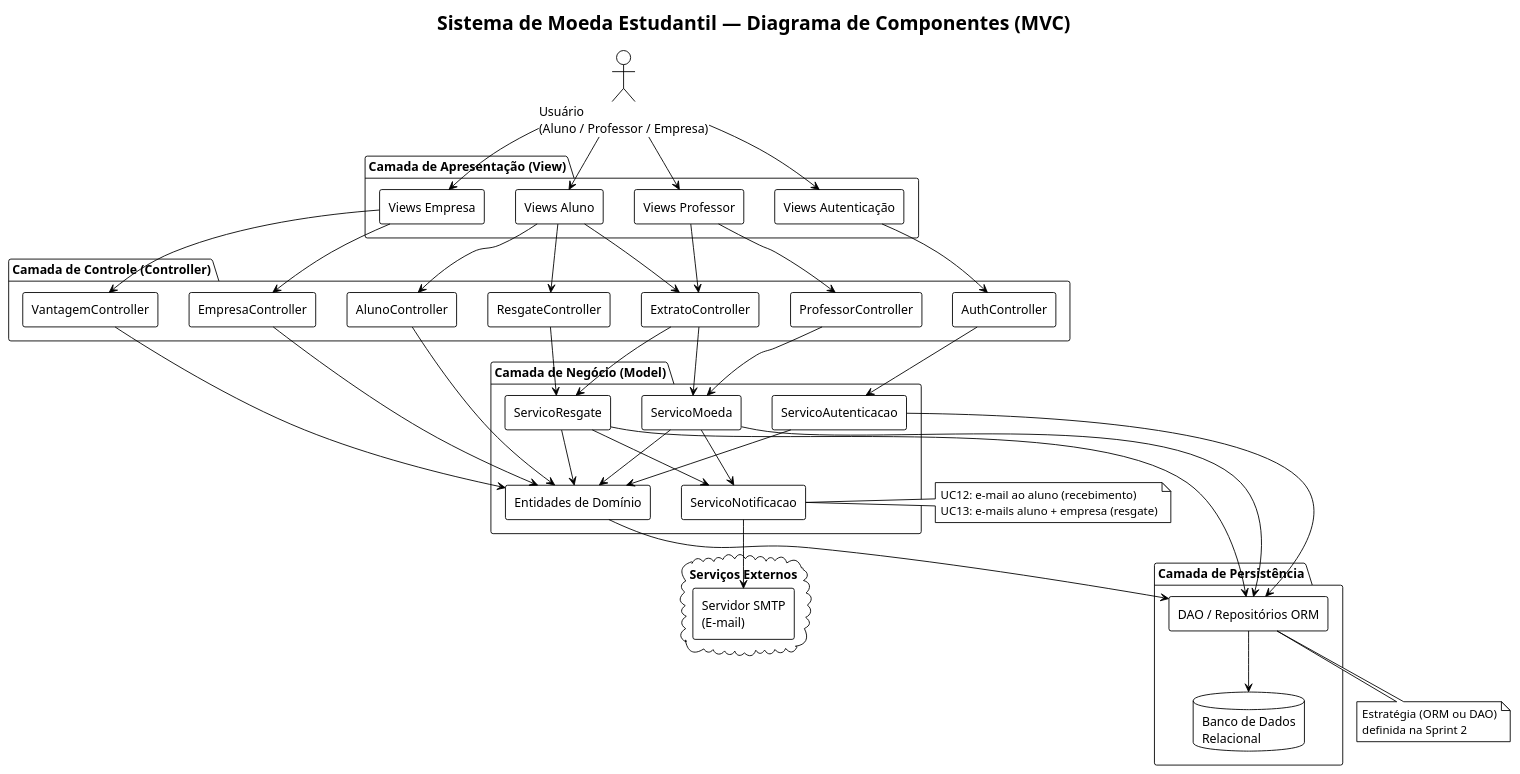
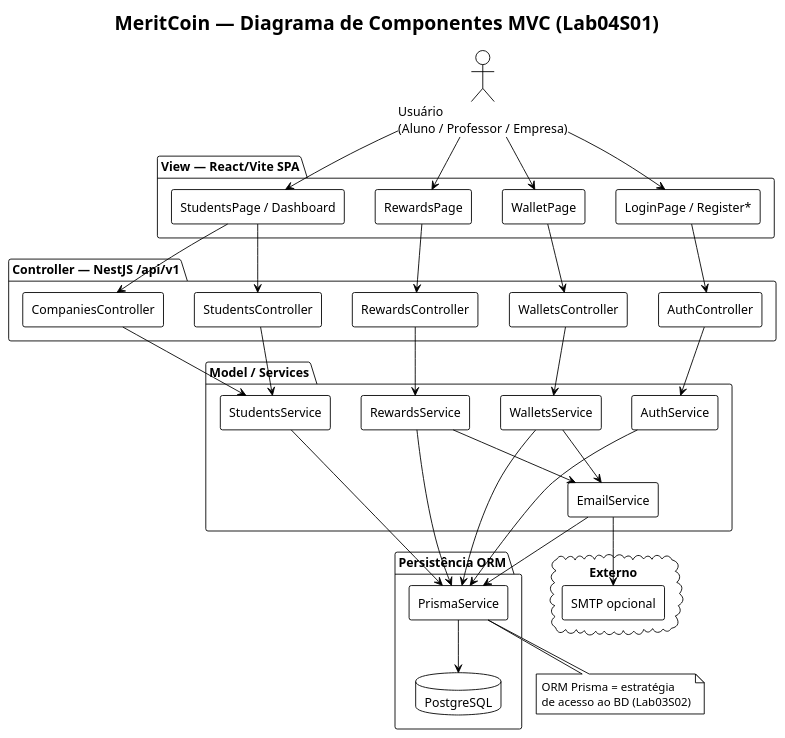
One commit to arthurfons/MeritCoin changed the diagram in docs/sprint1/diagramas/componentes.puml. Above: the diagram before and after it, drawn with PlantUML. The commit also changed 55 other files, not shown here.

First line of the commit message:
feat(lab04): sequencias UML, implantacao, deploy cloud e refactors GRASP

```diff
--- a/docs/sprint1/diagramas/componentes.puml
+++ b/docs/sprint1/diagramas/componentes.puml
@@ -1,88 +1,72 @@
 @startuml Diagrama_Componentes_Moeda_Estudantil
 !theme plain
-title Sistema de Moeda Estudantil — Diagrama de Componentes (MVC)
+title MeritCoin — Diagrama de Componentes MVC (Lab04S01)
 skinparam componentStyle rectangle
 
 actor "Usuário\n(Aluno / Professor / Empresa)" as User
 
-package "Camada de Apresentação (View)" {
-  [Views Aluno] as VAluno
-  [Views Professor] as VProfessor
-  [Views Empresa] as VEmpresa
-  [Views Autenticação] as VAuth
+package "View — React/Vite SPA" {
+  [LoginPage / Register*] as VAuth
+  [WalletPage] as VWallet
+  [RewardsPage] as VRewards
+  [StudentsPage / Dashboard] as VAdmin
 }
 
-package "Camada de Controle (Controller)" {
+package "Controller — NestJS /api/v1" {
   [AuthController] as CAuth
-  [AlunoController] as CAluno
-  [ProfessorController] as CProfessor
-  [EmpresaController] as CEmpresa
-  [VantagemController] as CVantagem
-  [ResgateController] as CResgate
-  [ExtratoController] as CExtrato
+  [StudentsController] as CStudents
+  [CompaniesController] as CCompanies
+  [WalletsController] as CWallets
+  [RewardsController] as CRewards
 }
 
-package "Camada de Negócio (Model)" {
-  [ServicoAutenticacao] as SAuth
-  [ServicoMoeda] as SMoeda
-  [ServicoResgate] as SResgate
-  [ServicoNotificacao] as SNotif
-  [Entidades de Domínio] as Dominio
+package "Model / Services" {
+  [AuthService] as SAuth
+  [WalletsService] as SWallets
+  [RewardsService] as SRewards
+  [StudentsService] as SStudents
+  [EmailService] as SEmail
 }
 
-package "Camada de Persistência" {
-  [DAO / Repositórios ORM] as DAO
-  database "Banco de Dados\nRelacional" as BD
+package "Persistência ORM" {
+  [PrismaService] as Prisma
+  database "PostgreSQL" as BD
 }
 
-cloud "Serviços Externos" {
-  [Servidor SMTP\n(E-mail)] as Email
+cloud "Externo" {
+  [SMTP opcional] as SMTP
 }
 
-User --> VAluno
-User --> VProfessor
-User --> VEmpresa
 User --> VAuth
+User --> VWallet
+User --> VRewards
+User --> VAdmin
 
 VAuth --> CAuth
-VAluno --> CAluno
-VAluno --> CResgate
-VAluno --> CExtrato
-VProfessor --> CProfessor
-VProfessor --> CExtrato
-VEmpresa --> CEmpresa
-VEmpresa --> CVantagem
+VWallet --> CWallets
+VRewards --> CRewards
+VAdmin --> CStudents
+VAdmin --> CCompanies
 
 CAuth --> SAuth
-CAluno --> Dominio
-CEmpresa --> Dominio
-CVantagem --> Dominio
-CProfessor --> SMoeda
-CResgate --> SResgate
-CExtrato --> SMoeda
-CExtrato --> SResgate
+CWallets --> SWallets
+CRewards --> SRewards
+CStudents --> SStudents
+CCompanies --> SStudents
 
-SAuth --> Dominio
-SMoeda --> Dominio
-SResgate --> Dominio
-SMoeda --> SNotif
-SResgate --> SNotif
+SWallets --> SEmail
+SRewards --> SEmail
+SAuth --> Prisma
+SWallets --> Prisma
+SRewards --> Prisma
+SStudents --> Prisma
+SEmail --> Prisma
+Prisma --> BD
+SEmail --> SMTP
 
-SAuth --> DAO
-SMoeda --> DAO
-SResgate --> DAO
-Dominio --> DAO
-DAO --> BD
-SNotif --> Email
-
-note bottom of DAO
-  Estratégia (ORM ou DAO)
-  definida na Sprint 2
-end note
-
-note right of SNotif
-  UC12: e-mail ao aluno (recebimento)
-  UC13: e-mails aluno + empresa (resgate)
+note bottom of Prisma
+  ORM Prisma = estratégia
+  de acesso ao BD (Lab03S02)
 end note
 
 @enduml
```
